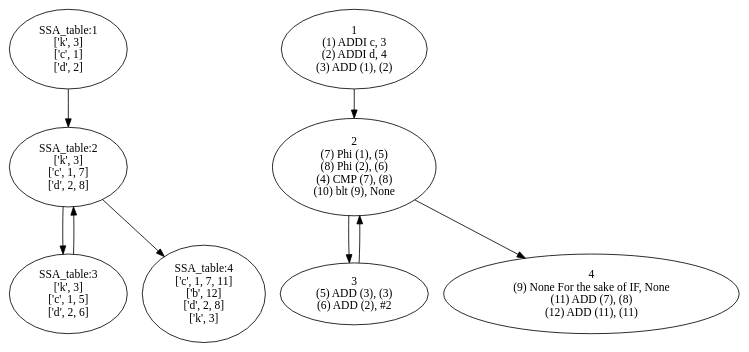
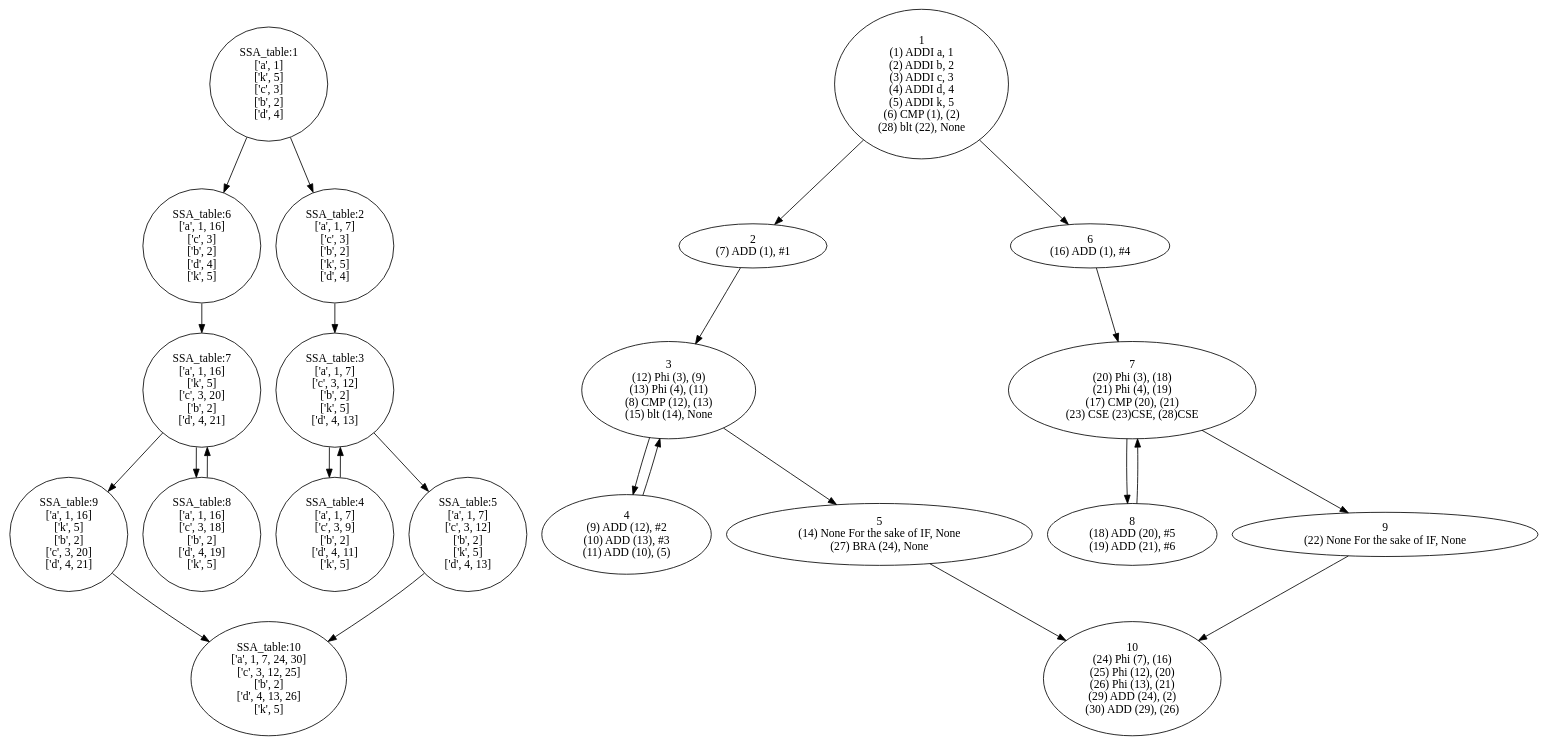
The diagram in grid.dot (amatii/compiler), drawn with Graphviz before and after one commit. The commit also changed 7 other files, not shown here.

Commit message:
While bug fixed. a little refactorized. inference graph generator furthur developed. need to debug, and also handle Phi, Mov, functions, return, etc.

```diff
--- a/grid.dot
+++ b/grid.dot
@@ -1,18 +1,46 @@
 strict digraph  {
-11 [label="SSA_table:1\n['k', 3]\n['c', 1]\n['d', 2]"];
-1 [label="1\n(1) ADDI c, 3\n(2) ADDI d, 4\n(3) ADD (1), (2)"];
-2 [label="2\n(7) Phi (1), (5)\n(8) Phi (2), (6)\n(4) CMP (7), (8)\n(10) blt (9), None"];
-3 [label="3\n(5) ADD (3), (3)\n(6) ADD (2), #2"];
-4 [label="4\n(9) None For the sake of IF, None\n(11) ADD (7), (8)\n(12) ADD (11), (11)"];
-21 [label="SSA_table:2\n['k', 3]\n['c', 1, 7]\n['d', 2, 8]"];
-31 [label="SSA_table:3\n['k', 3]\n['c', 1, 5]\n['d', 2, 6]"];
-41 [label="SSA_table:4\n['c', 1, 7, 11]\n['b', 12]\n['d', 2, 8]\n['k', 3]"];
+11 [label="SSA_table:1\n['a', 1]\n['k', 5]\n['c', 3]\n['b', 2]\n['d', 4]"];
+1 [label="1\n(1) ADDI a, 1\n(2) ADDI b, 2\n(3) ADDI c, 3\n(4) ADDI d, 4\n(5) ADDI k, 5\n(6) CMP (1), (2)\n(28) blt (22), None"];
+2 [label="2\n(7) ADD (1), #1"];
+3 [label="3\n(12) Phi (3), (9)\n(13) Phi (4), (11)\n(8) CMP (12), (13)\n(15) blt (14), None"];
+4 [label="4\n(9) ADD (12), #2\n(10) ADD (13), #3\n(11) ADD (10), (5)"];
+5 [label="5\n(14) None For the sake of IF, None\n(27) BRA (24), None"];
+6 [label="6\n(16) ADD (1), #4"];
+7 [label="7\n(20) Phi (3), (18)\n(21) Phi (4), (19)\n(17) CMP (20), (21)\n(23) CSE (23)CSE, (28)CSE"];
+8 [label="8\n(18) ADD (20), #5\n(19) ADD (21), #6"];
+9 [label="9\n(22) None For the sake of IF, None"];
+10 [label="10\n(24) Phi (7), (16)\n(25) Phi (12), (20)\n(26) Phi (13), (21)\n(29) ADD (24), (2)\n(30) ADD (29), (26)"];
+51 [label="SSA_table:5\n['a', 1, 7]\n['c', 3, 12]\n['b', 2]\n['k', 5]\n['d', 4, 13]"];
+41 [label="SSA_table:4\n['a', 1, 7]\n['c', 3, 9]\n['b', 2]\n['d', 4, 11]\n['k', 5]"];
+61 [label="SSA_table:6\n['a', 1, 16]\n['c', 3]\n['b', 2]\n['d', 4]\n['k', 5]"];
+101 [label="SSA_table:10\n['a', 1, 7, 24, 30]\n['c', 3, 12, 25]\n['b', 2]\n['d', 4, 13, 26]\n['k', 5]"];
+71 [label="SSA_table:7\n['a', 1, 16]\n['k', 5]\n['c', 3, 20]\n['b', 2]\n['d', 4, 21]"];
+91 [label="SSA_table:9\n['a', 1, 16]\n['k', 5]\n['b', 2]\n['c', 3, 20]\n['d', 4, 21]"];
+81 [label="SSA_table:8\n['a', 1, 16]\n['c', 3, 18]\n['b', 2]\n['d', 4, 19]\n['k', 5]"];
+31 [label="SSA_table:3\n['a', 1, 7]\n['c', 3, 12]\n['b', 2]\n['k', 5]\n['d', 4, 13]"];
+21 [label="SSA_table:2\n['a', 1, 7]\n['c', 3]\n['b', 2]\n['k', 5]\n['d', 4]"];
+11 -> 61;
 11 -> 21;
 1 -> 2;
+1 -> 6;
 2 -> 3;
-2 -> 4;
-3 -> 2;
+3 -> 4;
+3 -> 5;
+4 -> 3;
+5 -> 10;
+6 -> 7;
+7 -> 8;
+7 -> 9;
+8 -> 7;
+9 -> 10;
+51 -> 101;
+41 -> 31;
+61 -> 71;
+71 -> 91;
+71 -> 81;
+91 -> 101;
+81 -> 71;
+31 -> 51;
+31 -> 41;
 21 -> 31;
-21 -> 41;
-31 -> 21;
 }
```
